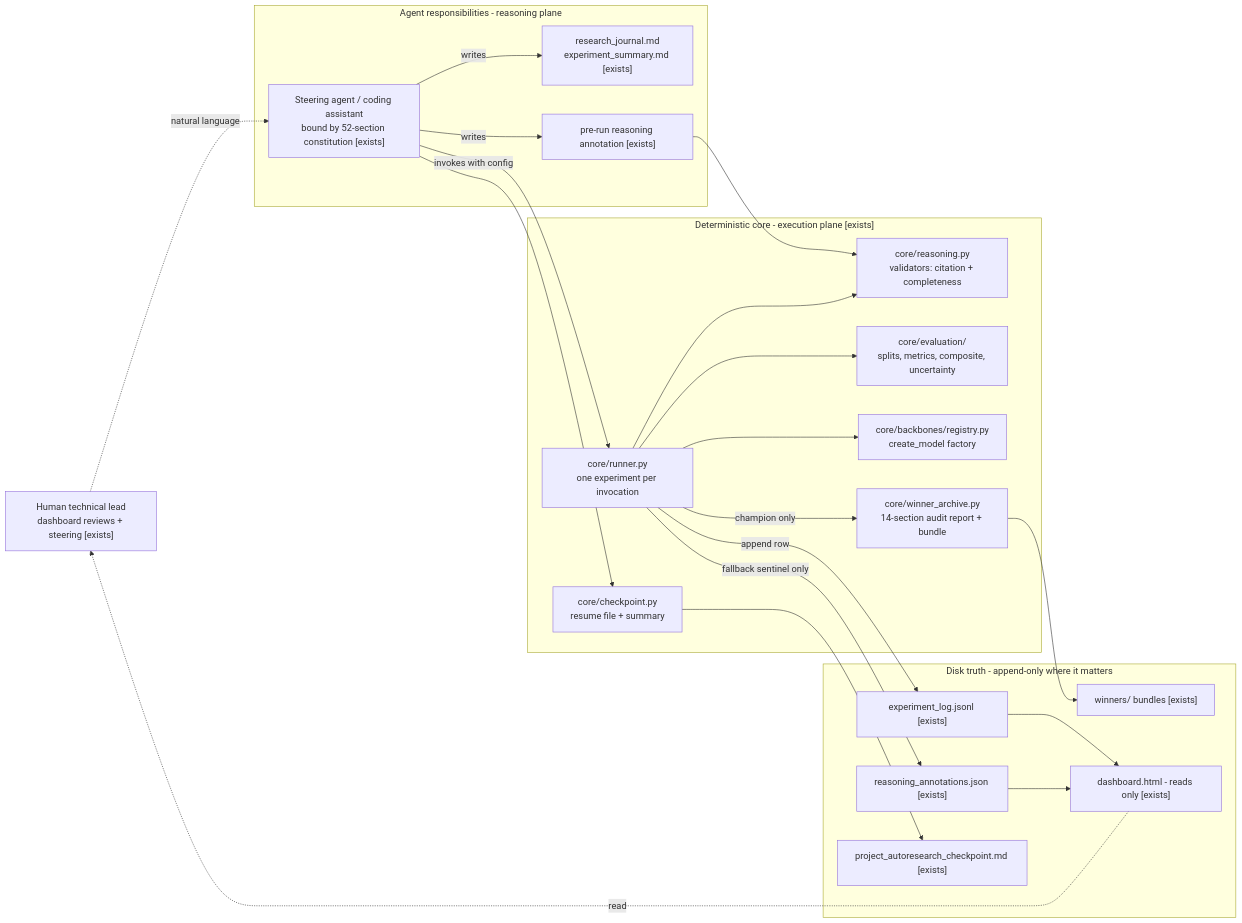
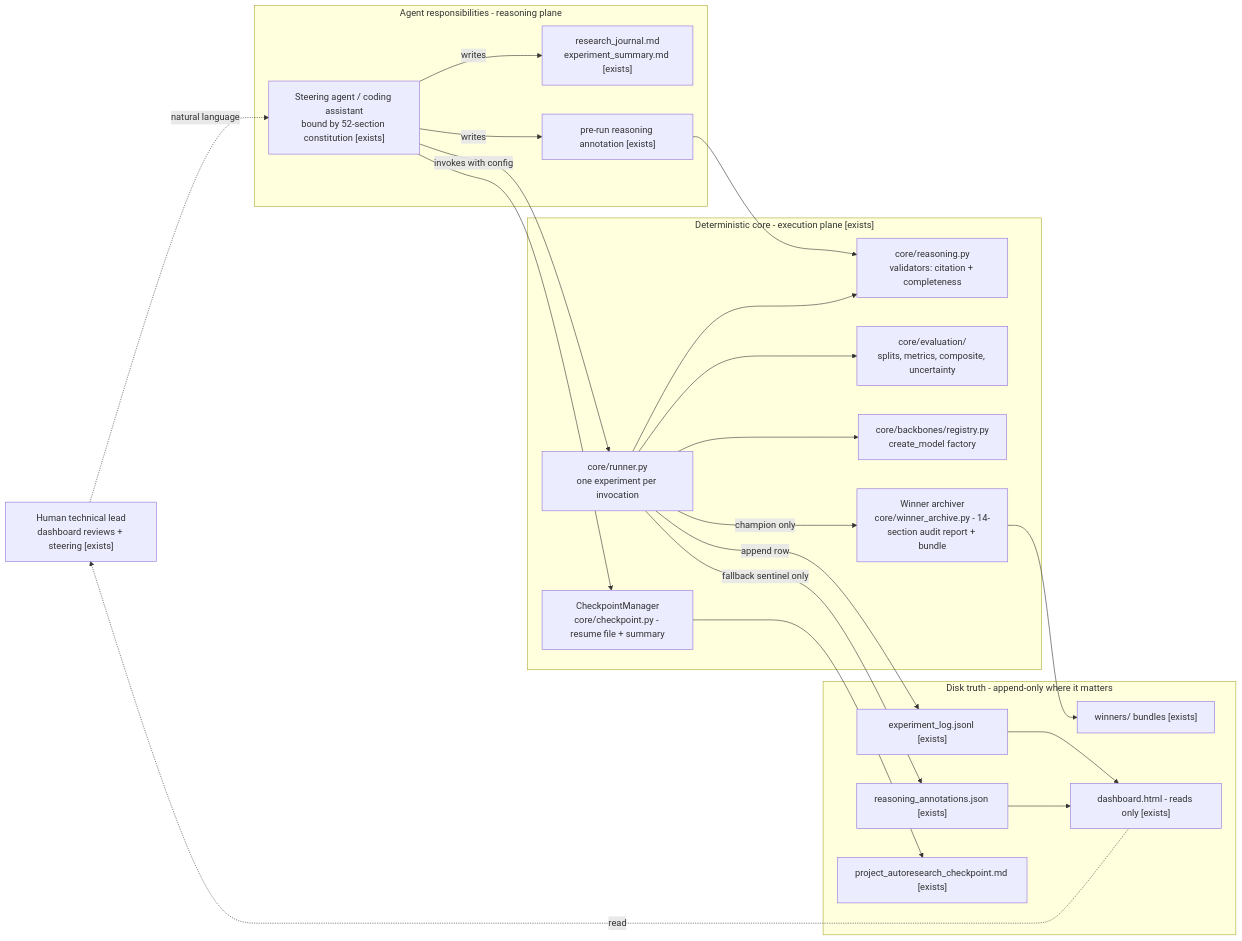
The diagram in runs/autoresearch/tech/architecture/D03.md (dlmastery/startup-skills), drawn with Mermaid before and after one commit. The commit also changed 10 other files, not shown here.

````diff
--- a/runs/autoresearch/tech/architecture/D03.md
+++ b/runs/autoresearch/tech/architecture/D03.md
@@ -5,41 +5,41 @@
 ```mermaid
 flowchart LR
     HUMAN["Human technical lead<br/>dashboard reviews + steering [exists]"] -.->|natural language| AGENT
 
     subgraph AGENTSIDE["Agent responsibilities - reasoning plane"]
         AGENT["Steering agent / coding assistant<br/>bound by 52-section constitution [exists]"]
         JOURNAL["research_journal.md<br/>experiment_summary.md [exists]"]
         PREANN["pre-run reasoning annotation [exists]"]
     end
 
     subgraph CODE["Deterministic core - execution plane [exists]"]
         RUNNER["core/runner.py<br/>one experiment per invocation"]
         REAS["core/reasoning.py<br/>validators: citation + completeness"]
         EVAL["core/evaluation/<br/>splits, metrics, composite, uncertainty"]
         BBR["core/backbones/registry.py<br/>create_model factory"]
-        CKPT["core/checkpoint.py<br/>resume file + summary"]
-        WA["core/winner_archive.py<br/>14-section audit report + bundle"]
+        CKPT["CheckpointManager<br/>core/checkpoint.py - resume file + summary"]
+        WA["Winner archiver<br/>core/winner_archive.py - 14-section audit report + bundle"]
     end
 
     subgraph DISK["Disk truth - append-only where it matters"]
         LEDGER["experiment_log.jsonl [exists]"]
         ANNJ["reasoning_annotations.json [exists]"]
         CKF["project_autoresearch_checkpoint.md [exists]"]
         WINDIR["winners/ bundles [exists]"]
         DASH["dashboard.html - reads only [exists]"]
     end
 
     AGENT -->|writes| PREANN --> REAS
     AGENT -->|invokes with config| RUNNER
     RUNNER --> REAS
     RUNNER --> EVAL
     RUNNER --> BBR
     RUNNER -->|append row| LEDGER
     RUNNER -->|fallback sentinel only| ANNJ
     RUNNER -->|champion only| WA --> WINDIR
     AGENT -->|writes| JOURNAL
     AGENT --> CKPT --> CKF
     LEDGER --> DASH
     ANNJ --> DASH
     DASH -.->|read| HUMAN
 ```
````
